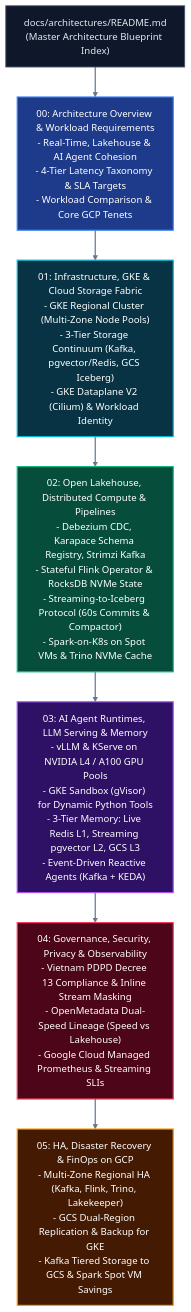
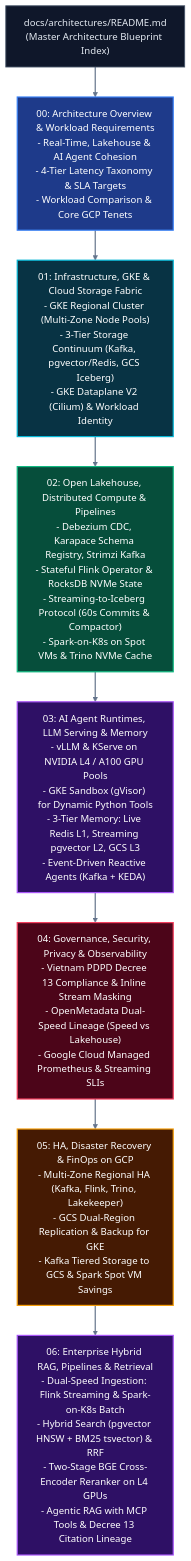
One commit to toanbui626391/data_platform_gcp changed the diagram in docs/architectures/README.md. Above: the diagram before and after it, drawn with Mermaid. The commit also changed other lines of this file and 3 other files, not shown here.

````diff
--- a/docs/architectures/README.md
+++ b/docs/architectures/README.md
@@ -16,29 +16,31 @@
 ```mermaid
 flowchart TD
     Index["docs/architectures/README.md\n(Master Architecture Blueprint Index)"]:::gray
     Doc0["00: Architecture Overview & Workload Requirements\n- Real-Time, Lakehouse & AI Agent Cohesion\n- 4-Tier Latency Taxonomy & SLA Targets\n- Workload Comparison & Core GCP Tenets"]:::primary
     Doc1["01: Infrastructure, GKE & Cloud Storage Fabric\n- GKE Regional Cluster (Multi-Zone Node Pools)\n- 3-Tier Storage Continuum (Kafka, pgvector/Redis, GCS Iceberg)\n- GKE Dataplane V2 (Cilium) & Workload Identity"]:::cyan
     Doc2["02: Open Lakehouse, Distributed Compute & Pipelines\n- Debezium CDC, Karapace Schema Registry, Strimzi Kafka\n- Stateful Flink Operator & RocksDB NVMe State\n- Streaming-to-Iceberg Protocol (60s Commits & Compactor)\n- Spark-on-K8s on Spot VMs & Trino NVMe Cache"]:::success
     Doc3["03: AI Agent Runtimes, LLM Serving & Memory\n- vLLM & KServe on NVIDIA L4 / A100 GPU Pools\n- GKE Sandbox (gVisor) for Dynamic Python Tools\n- 3-Tier Memory: Live Redis L1, Streaming pgvector L2, GCS L3\n- Event-Driven Reactive Agents (Kafka + KEDA)"]:::purple
     Doc4["04: Governance, Security, Privacy & Observability\n- Vietnam PDPD Decree 13 Compliance & Inline Stream Masking\n- OpenMetadata Dual-Speed Lineage (Speed vs Lakehouse)\n- Google Cloud Managed Prometheus & Streaming SLIs"]:::danger
     Doc5["05: HA, Disaster Recovery & FinOps on GCP\n- Multi-Zone Regional HA (Kafka, Flink, Trino, Lakekeeper)\n- GCS Dual-Region Replication & Backup for GKE\n- Kafka Tiered Storage to GCS & Spark Spot VM Savings"]:::warning
+    Doc6["06: Enterprise Hybrid RAG, Pipelines & Retrieval\n- Dual-Speed Ingestion: Flink Streaming & Spark-on-K8s Batch\n- Hybrid Search (pgvector HNSW + BM25 tsvector) & RRF\n- Two-Stage BGE Cross-Encoder Reranker on L4 GPUs\n- Agentic RAG with MCP Tools & Decree 13 Citation Lineage"]:::purple
 
     Index --> Doc0
     Doc0 --> Doc1
     Doc1 --> Doc2
     Doc2 --> Doc3
     Doc3 --> Doc4
     Doc4 --> Doc5
+    Doc5 --> Doc6
 
     %% Link Styling
     linkStyle default stroke:#64748b,stroke-width:2px;
 
     %% Universal Dual-Mode High-Contrast Palette
     classDef primary fill:#1e3a8a,stroke:#3b82f6,stroke-width:2px,color:#ffffff;
     classDef success fill:#064e3b,stroke:#10b981,stroke-width:2px,color:#ffffff;
     classDef warning fill:#451a03,stroke:#f59e0b,stroke-width:2px,color:#ffffff;
     classDef danger  fill:#4c0519,stroke:#f43f5e,stroke-width:2px,color:#ffffff;
     classDef purple  fill:#2e1065,stroke:#a855f7,stroke-width:2px,color:#ffffff;
     classDef cyan    fill:#083344,stroke:#06b6d4,stroke-width:2px,color:#ffffff;
     classDef gray    fill:#0f172a,stroke:#475569,stroke-width:1.5px,color:#e2e8f0;
 ```
````
